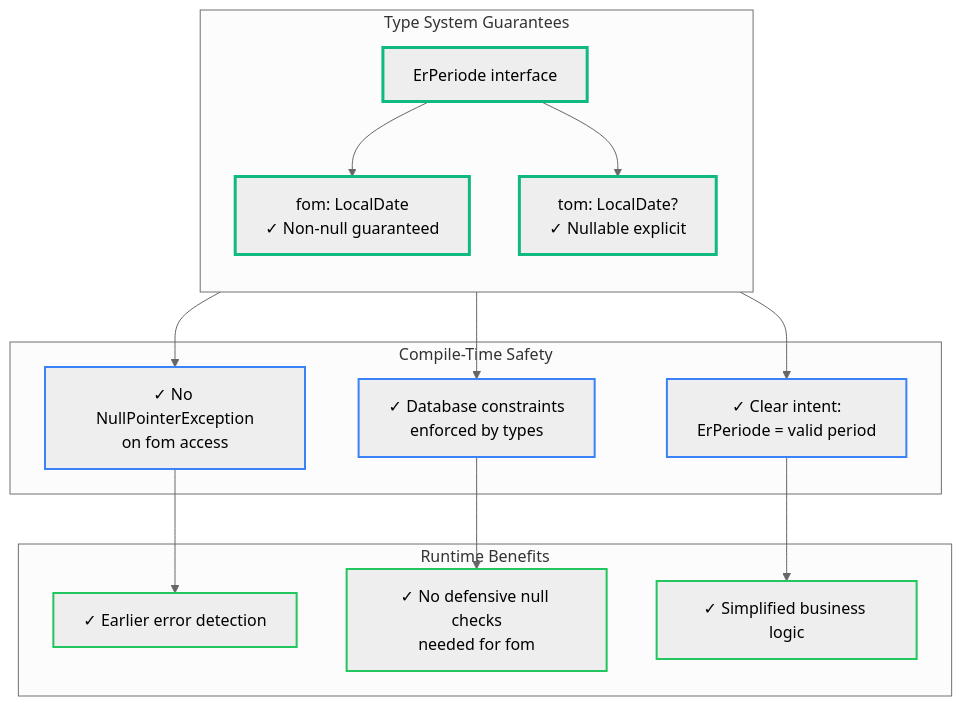
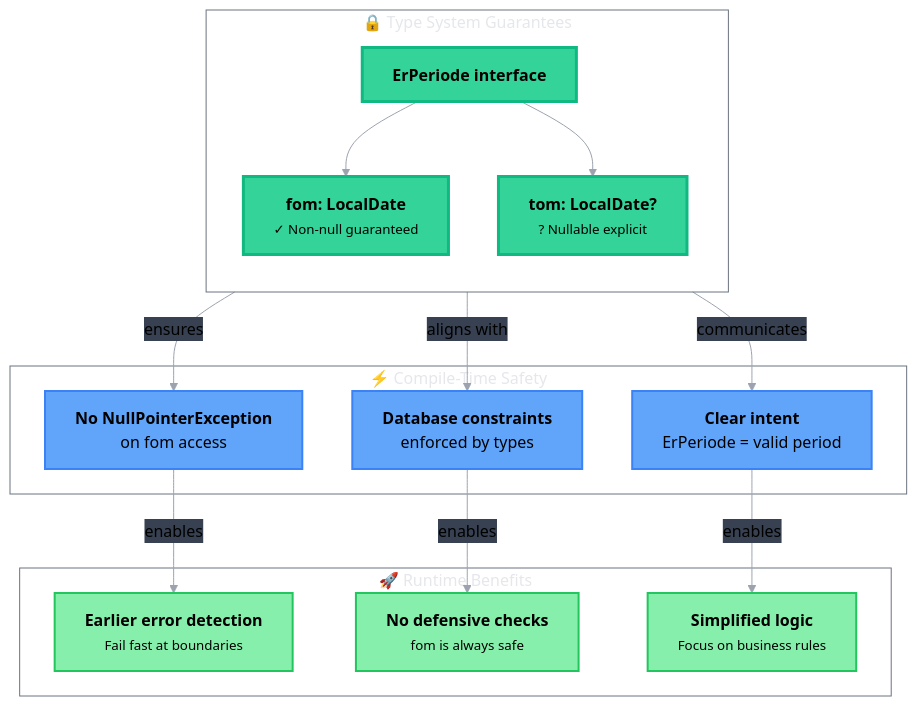
The fourth of 4 diagrams in ErPeriode-Solution.md (navikt/melosys-api), drawn with Mermaid before and after one commit. The commit also changed other lines of this file, not shown here.

Commit message:
Oppdater diagram

````diff
--- a/ErPeriode-Solution.md
+++ b/ErPeriode-Solution.md
@@ -251,41 +278,57 @@
 ```mermaid
-%%{init: {'theme':'neutral'}}%%
+%%{init: {'theme':'base', 'themeVariables': {
+  'primaryColor':'#34d399',
+  'primaryTextColor':'#000000',
+  'primaryBorderColor':'#10b981',
+  'lineColor':'#9ca3af',
+  'secondaryColor':'#60a5fa',
+  'tertiaryColor':'#86efac',
+  'fontSize':'16px',
+  'fontFamily':'system-ui',
+  'clusterBkg':'transparent',
+  'clusterBorder':'#6b7280',
+  'edgeLabelBackground':'#374151',
+  'mainBkg':'transparent',
+  'nodeBorder':'#374151',
+  'titleColor':'#e5e7eb',
+  'textColor':'#e5e7eb'
+}}}%%
+
 graph TB
-    subgraph "Type System Guarantees"
+    subgraph TypeSystem["🔒 Type System Guarantees"]
         direction TB
-        EP[ErPeriode interface]
-        FOM[fom: LocalDate<br/>✓ Non-null guaranteed]
-        TOM[tom: LocalDate?<br/>✓ Nullable explicit]
-
+        EP["<b>ErPeriode interface</b>"]
+        FOM["<b>fom: LocalDate</b><br/><small>✓ Non-null guaranteed</small>"]
+        TOM["<b>tom: LocalDate?</b><br/><small>? Nullable explicit</small>"]
         EP --> FOM
         EP --> TOM
     end
 
-    subgraph "Compile-Time Safety"
-        C1[✓ No NullPointerException<br/>on fom access]
-        C2[✓ Database constraints<br/>enforced by types]
-        C3[✓ Clear intent:<br/>ErPeriode = valid period]
+    subgraph CompileTime["⚡ Compile-Time Safety"]
+        C1["<b>No NullPointerException</b><br/>on fom access"]
+        C2["<b>Database constraints</b><br/>enforced by types"]
+        C3["<b>Clear intent</b><br/>ErPeriode = valid period"]
     end
 
-    subgraph "Runtime Benefits"
-        R1[✓ Earlier error detection]
-        R2[✓ No defensive null checks<br/>needed for fom]
-        R3[✓ Simplified business logic]
+    subgraph Runtime["🚀 Runtime Benefits"]
+        R1["<b>Earlier error detection</b><br/><small>Fail fast at boundaries</small>"]
+        R2["<b>No defensive checks</b><br/><small>fom is always safe</small>"]
+        R3["<b>Simplified logic</b><br/><small>Focus on business rules</small>"]
     end
 
-    FOM --> C1
-    TOM --> C2
-    EP --> C3
+    FOM -->|"ensures"| C1
+    TOM -->|"aligns with"| C2
+    EP -->|"communicates"| C3
 
-    C1 --> R1
-    C2 --> R2
-    C3 --> R3
+    C1 -->|"enables"| R1
+    C2 -->|"enables"| R2
+    C3 -->|"enables"| R3
 
-    classDef typeClass stroke:#10b981,stroke-width:3px
-    classDef compileClass stroke:#3b82f6,stroke-width:2px
-    classDef runtimeClass stroke:#22c55e,stroke-width:2px
+    classDef typeClass fill:#34d399,stroke:#10b981,stroke-width:3px,color:#000000
+    classDef compileClass fill:#60a5fa,stroke:#3b82f6,stroke-width:2px,color:#000000
+    classDef runtimeClass fill:#86efac,stroke:#22c55e,stroke-width:2px,color:#000000
 
     class EP,FOM,TOM typeClass
     class C1,C2,C3 compileClass
     class R1,R2,R3 runtimeClass
 ```
````
